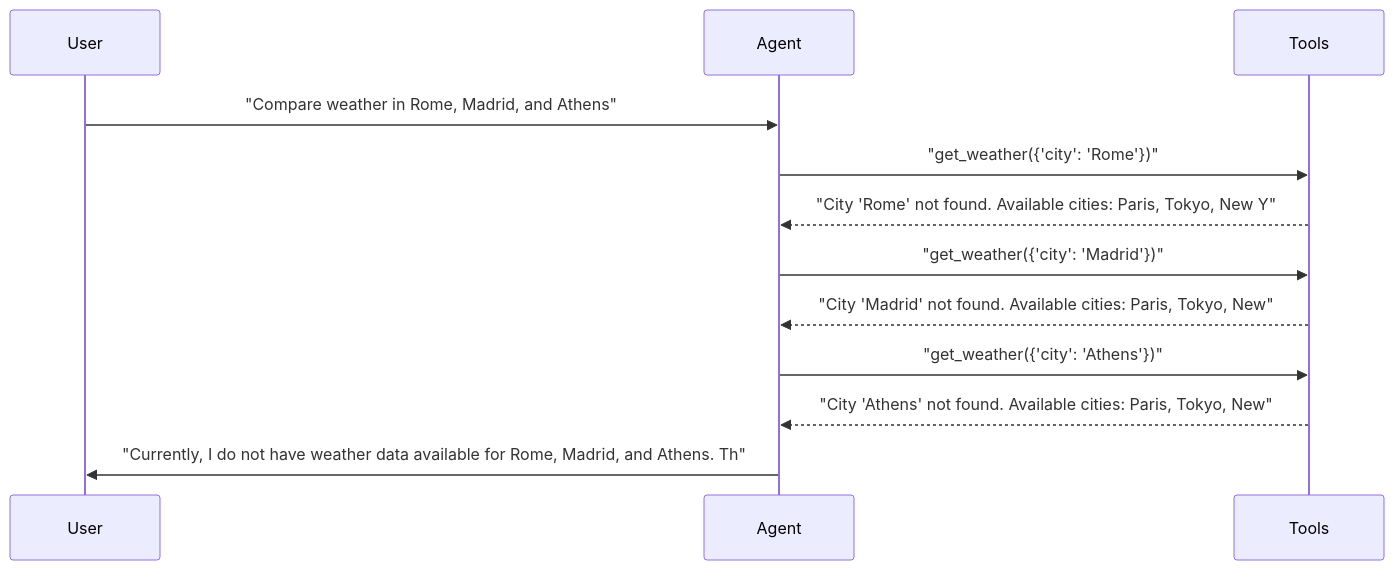
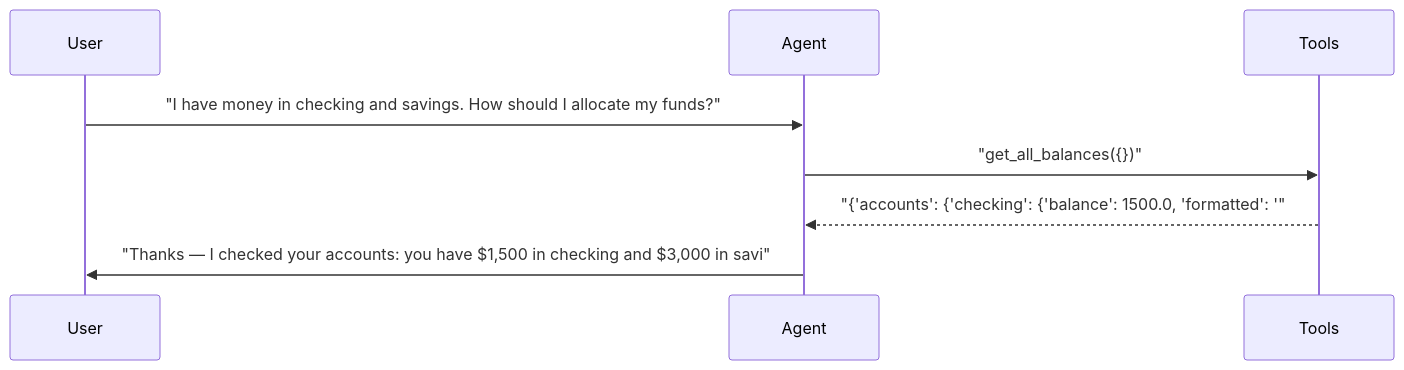
The sixth of 6 diagrams in docs/reports/04_agent_selector.md (sbroenne/pytest-aitest), drawn with Mermaid before and after one commit. The commit also changed other lines of this file and 132 other files, not shown here.

````diff
--- a/docs/reports/04_agent_selector.md
+++ b/docs/reports/04_agent_selector.md
@@ -318,15 +284,11 @@
 ```mermaid
 sequenceDiagram
     participant User
     participant Agent
     participant Tools
 
-    User->>Agent: "Compare weather in Rome, Madrid, and Athens"
-    Agent->>Tools: "get_weather({'city': 'Rome'})"
-    Tools-->>Agent: "City 'Rome' not found. Available cities: Paris, Tokyo, New Y"
-    Agent->>Tools: "get_weather({'city': 'Madrid'})"
-    Tools-->>Agent: "City 'Madrid' not found. Available cities: Paris, Tokyo, New"
-    Agent->>Tools: "get_weather({'city': 'Athens'})"
-    Tools-->>Agent: "City 'Athens' not found. Available cities: Paris, Tokyo, New"
-    Agent->>User: "Currently, I do not have weather data available for Rome, Madrid, and Athens. Th"
+    User->>Agent: "I have money in checking and savings. How should I allocate my funds?"
+    Agent->>Tools: "get_all_balances({})"
+    Tools-->>Agent: "{'accounts': {'checking': {'balance': 1500.0, 'formatted': '"
+    Agent->>User: "Thanks — I checked your accounts: you have $1,500 in checking and $3,000 in savi"
 ```
````
